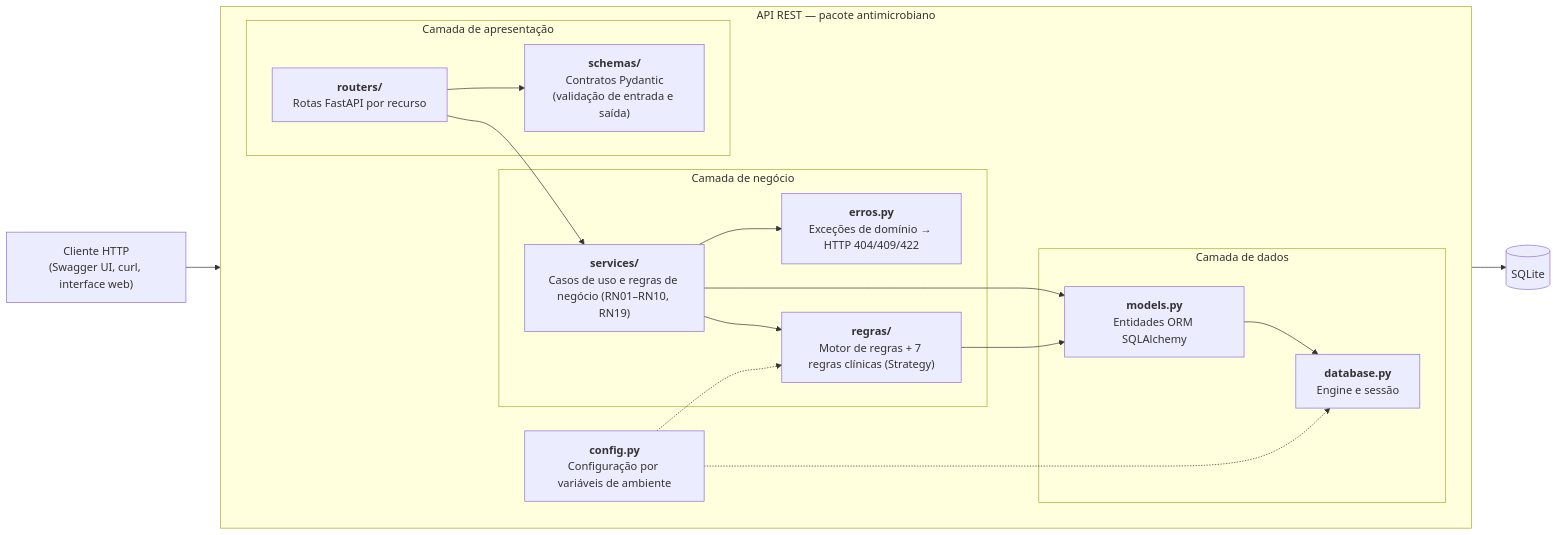
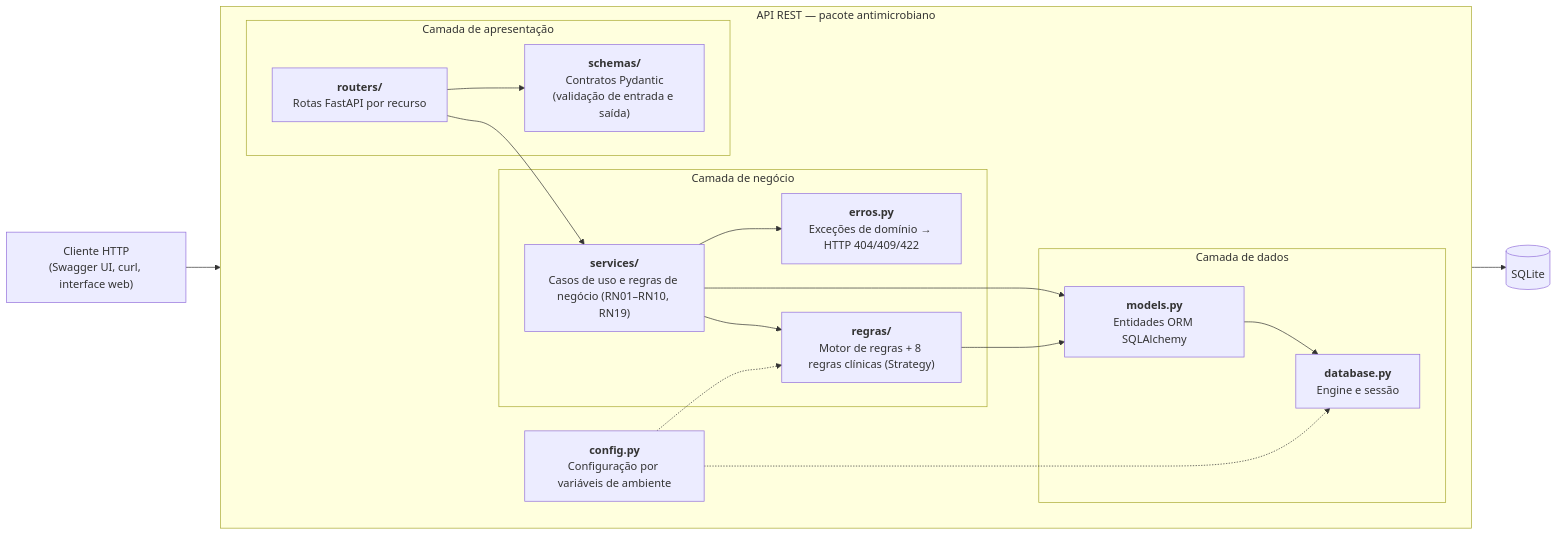
Before and after one commit to Antonio-avsp/Projeto_Antimicrobiano_Inteligente: the third of 4 diagrams in docs/arquitetura.md, drawn with Mermaid. The commit also changed other lines of this file and 5 other files, not shown here.

````diff
--- a/docs/arquitetura.md
+++ b/docs/arquitetura.md
@@ -63,36 +63,36 @@
 ```mermaid
 flowchart LR
     cliente["Cliente HTTP<br/>(Swagger UI, curl, interface web)"]
 
     subgraph api["API REST — pacote antimicrobiano"]
         direction LR
         subgraph http["Camada de apresentação"]
             routers["<b>routers/</b><br/>Rotas FastAPI por recurso"]
             schemas["<b>schemas/</b><br/>Contratos Pydantic<br/>(validação de entrada e saída)"]
         end
         subgraph negocio["Camada de negócio"]
             services["<b>services/</b><br/>Casos de uso e regras de negócio (RN01–RN10, RN19)"]
-            motor["<b>regras/</b><br/>Motor de regras + 7 regras clínicas (Strategy)"]
+            motor["<b>regras/</b><br/>Motor de regras + 8 regras clínicas (Strategy)"]
             erros["<b>erros.py</b><br/>Exceções de domínio → HTTP 404/409/422"]
         end
         subgraph dados["Camada de dados"]
             models["<b>models.py</b><br/>Entidades ORM SQLAlchemy"]
             database["<b>database.py</b><br/>Engine e sessão"]
         end
         config["<b>config.py</b><br/>Configuração por variáveis de ambiente"]
     end
 
     db[("SQLite")]
 
     cliente --> routers
     routers --> schemas
     routers --> services
     services --> erros
     services --> motor
     services --> models
     motor --> models
     models --> database
     database --> db
     config -.-> database
     config -.-> motor
 ```
````
